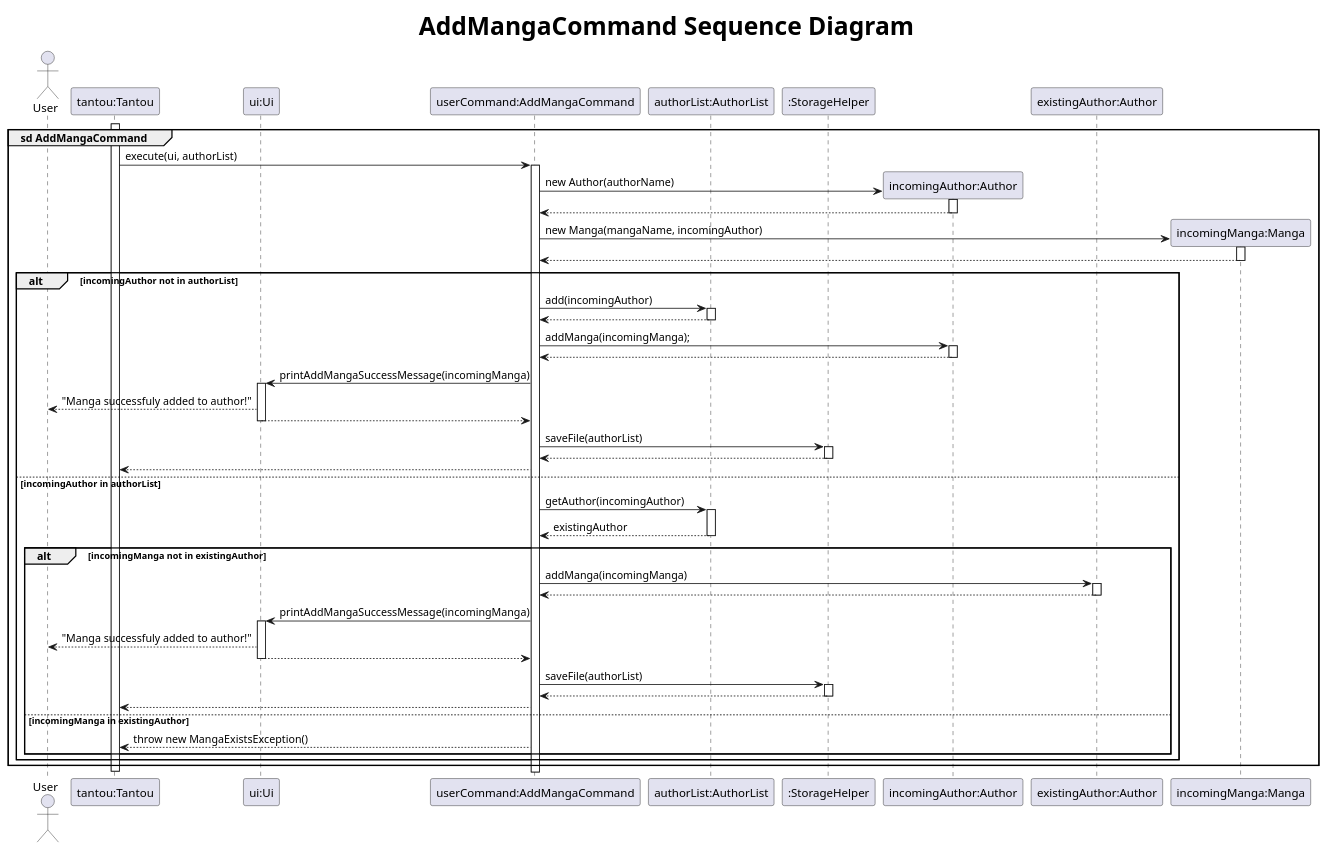
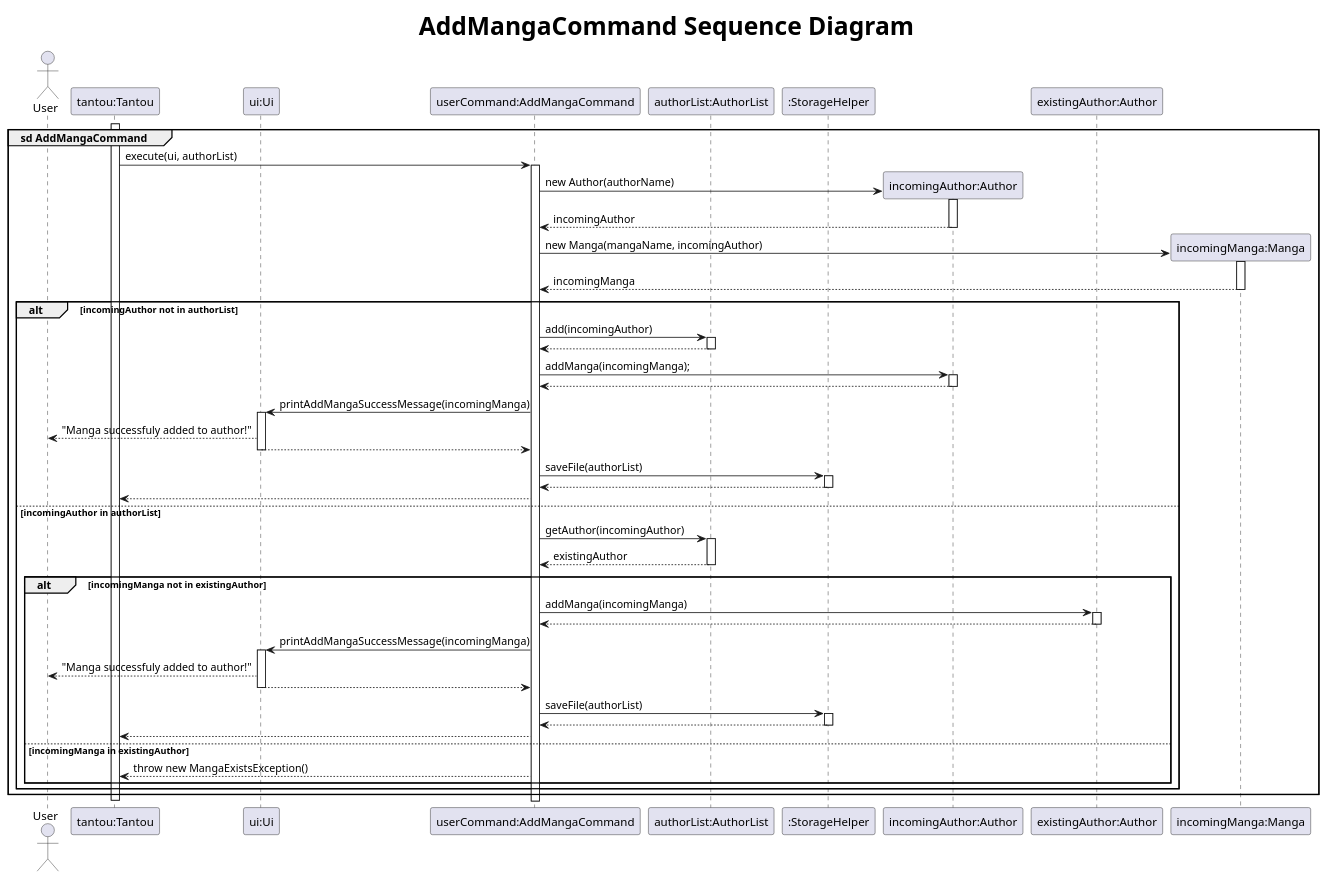
The diagram in docs/uml/puml/AddMangaSequence.puml (xenthm/tp), drawn with PlantUML before and after one commit. The commit also changed 14 other files, not shown here.

Commit message:
Update code to match sequence diagrams - Introduce methods to make use of Ui to interact with user instead of directly souting - Replace TantouExceptions with their more specific counterparts

```diff
--- a/docs/uml/puml/AddMangaSequence.puml
+++ b/docs/uml/puml/AddMangaSequence.puml
@@ -1,86 +1,86 @@
 @startuml
 autoactivate off
 title <size:30> AddMangaCommand Sequence Diagram
 
 actor User
 participant "tantou:Tantou" as tantou
 participant "ui:Ui" as ui
 participant "userCommand:AddMangaCommand" as userCommand
 participant "authorList:AuthorList" as authorList
 participant ":StorageHelper" as storage
 participant "incomingAuthor:Author" as author
 participant "existingAuthor:Author" as existingAuthor
 participant "incomingManga:Manga" as manga
 
 activate tantou
 group sd AddMangaCommand
 
     tantou -> userCommand : execute(ui, authorList)
     activate userCommand
 
     create author
     userCommand -> author : new Author(authorName)
     activate author
-    author --> userCommand
+    author --> userCommand : incomingAuthor
     deactivate author
 
     create manga
     userCommand -> manga : new Manga(mangaName, incomingAuthor)
     activate manga
-    manga --> userCommand
+    manga --> userCommand : incomingManga
     deactivate manga
 
     alt incomingAuthor not in authorList
         userCommand -> authorList : add(incomingAuthor)
         activate authorList
         authorList --> userCommand
         deactivate authorList
 
         userCommand -> author : addManga(incomingManga);
         activate author
         author --> userCommand
         deactivate author
 
         userCommand -> ui : printAddMangaSuccessMessage(incomingManga)
         activate ui
         ui --> User : "Manga successfuly added to author!"
         ui --> userCommand
         deactivate ui
 
         userCommand -> storage : saveFile(authorList)
         activate storage
         storage --> userCommand
         deactivate storage
         userCommand --> tantou
 
     else incomingAuthor in authorList
         userCommand -> authorList : getAuthor(incomingAuthor)
         activate authorList
         authorList --> userCommand : existingAuthor
         deactivate authorList
 
         alt incomingManga not in existingAuthor
             userCommand -> existingAuthor : addManga(incomingManga)
             activate existingAuthor
             existingAuthor --> userCommand
             deactivate existingAuthor
 
             userCommand -> ui : printAddMangaSuccessMessage(incomingManga)
             activate ui
             ui --> User : "Manga successfuly added to author!"
             ui --> userCommand
             deactivate ui
 
             userCommand -> storage : saveFile(authorList)
             activate storage
             storage --> userCommand
             deactivate storage
             userCommand --> tantou
         else incomingManga in existingAuthor
             userCommand --> tantou : throw new MangaExistsException()
         end
     end
 end
 deactivate tantou
 autoactivate on
 @enduml
```
